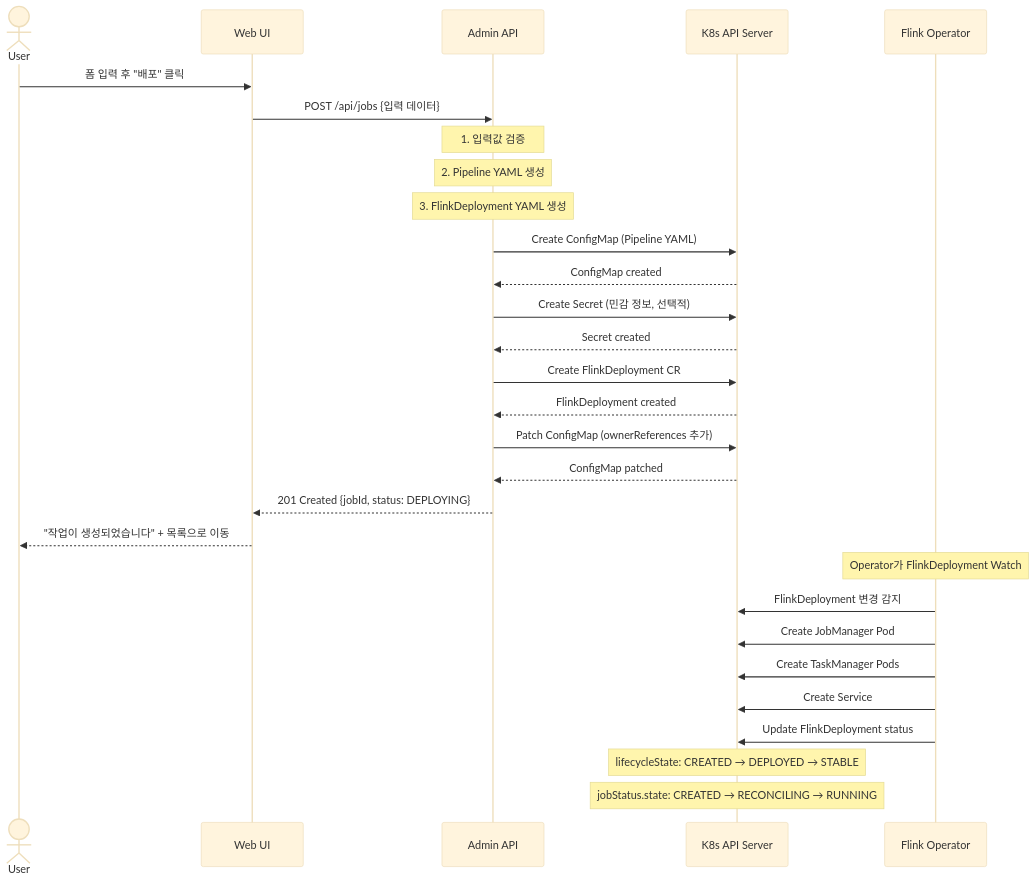
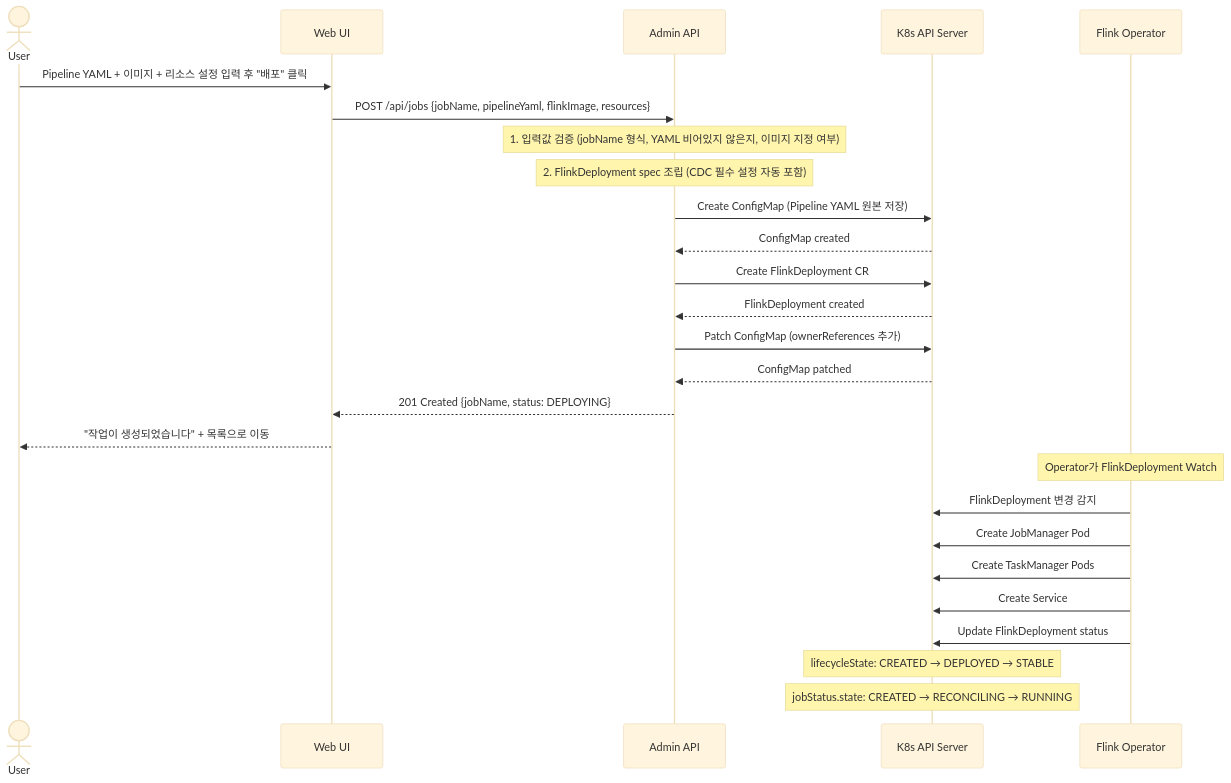
The second of 4 diagrams in ARCHITECTURE.md (robinjoon/Flink-Manager), drawn with Mermaid (base theme) before and after one commit. The commit also changed other lines of this file and 1 other file, not shown here.

First line of the commit message:
docs: Pipeline YAML 추상화 제거, 사용자 직접 입력 모델로 수정

````diff
--- a/ARCHITECTURE.md
+++ b/ARCHITECTURE.md
@@ -99,41 +96,37 @@
 ```mermaid
 sequenceDiagram
     actor User
     participant UI as Web UI
     participant API as Admin API
     participant K8S as K8s API Server
     participant OP as Flink Operator
 
-    User->>UI: 폼 입력 후 "배포" 클릭
-    UI->>API: POST /api/jobs {입력 데이터}
+    User->>UI: Pipeline YAML + 이미지 + 리소스 설정 입력 후 "배포" 클릭
+    UI->>API: POST /api/jobs {jobName, pipelineYaml, flinkImage, resources}
 
-    Note over API: 1. 입력값 검증
-    Note over API: 2. Pipeline YAML 생성
-    Note over API: 3. FlinkDeployment YAML 생성
+    Note over API: 1. 입력값 검증 (jobName 형식, YAML 비어있지 않은지, 이미지 지정 여부)
+    Note over API: 2. FlinkDeployment spec 조립 (CDC 필수 설정 자동 포함)
 
-    API->>K8S: Create ConfigMap (Pipeline YAML)
+    API->>K8S: Create ConfigMap (Pipeline YAML 원본 저장)
     K8S-->>API: ConfigMap created
-
-    API->>K8S: Create Secret (민감 정보, 선택적)
-    K8S-->>API: Secret created
 
     API->>K8S: Create FlinkDeployment CR
     K8S-->>API: FlinkDeployment created
 
     API->>K8S: Patch ConfigMap (ownerReferences 추가)
     K8S-->>API: ConfigMap patched
 
-    API-->>UI: 201 Created {jobId, status: DEPLOYING}
+    API-->>UI: 201 Created {jobName, status: DEPLOYING}
     UI-->>User: "작업이 생성되었습니다" + 목록으로 이동
 
     Note over OP: Operator가 FlinkDeployment Watch
 
     OP->>K8S: FlinkDeployment 변경 감지
     OP->>K8S: Create JobManager Pod
     OP->>K8S: Create TaskManager Pods
     OP->>K8S: Create Service
     OP->>K8S: Update FlinkDeployment status
 
     Note over K8S: lifecycleState: CREATED → DEPLOYED → STABLE
     Note over K8S: jobStatus.state: CREATED → RECONCILING → RUNNING
 ```
````
